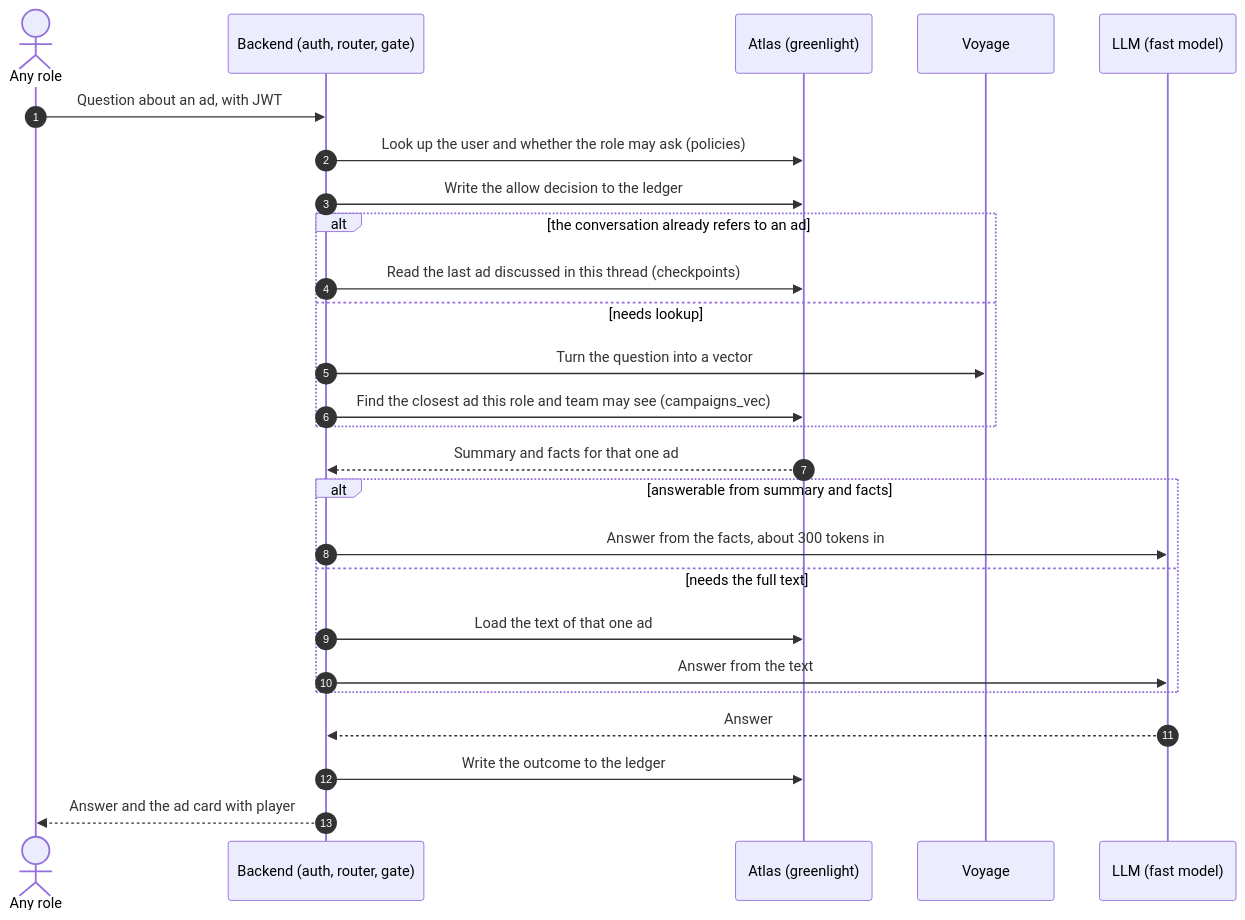
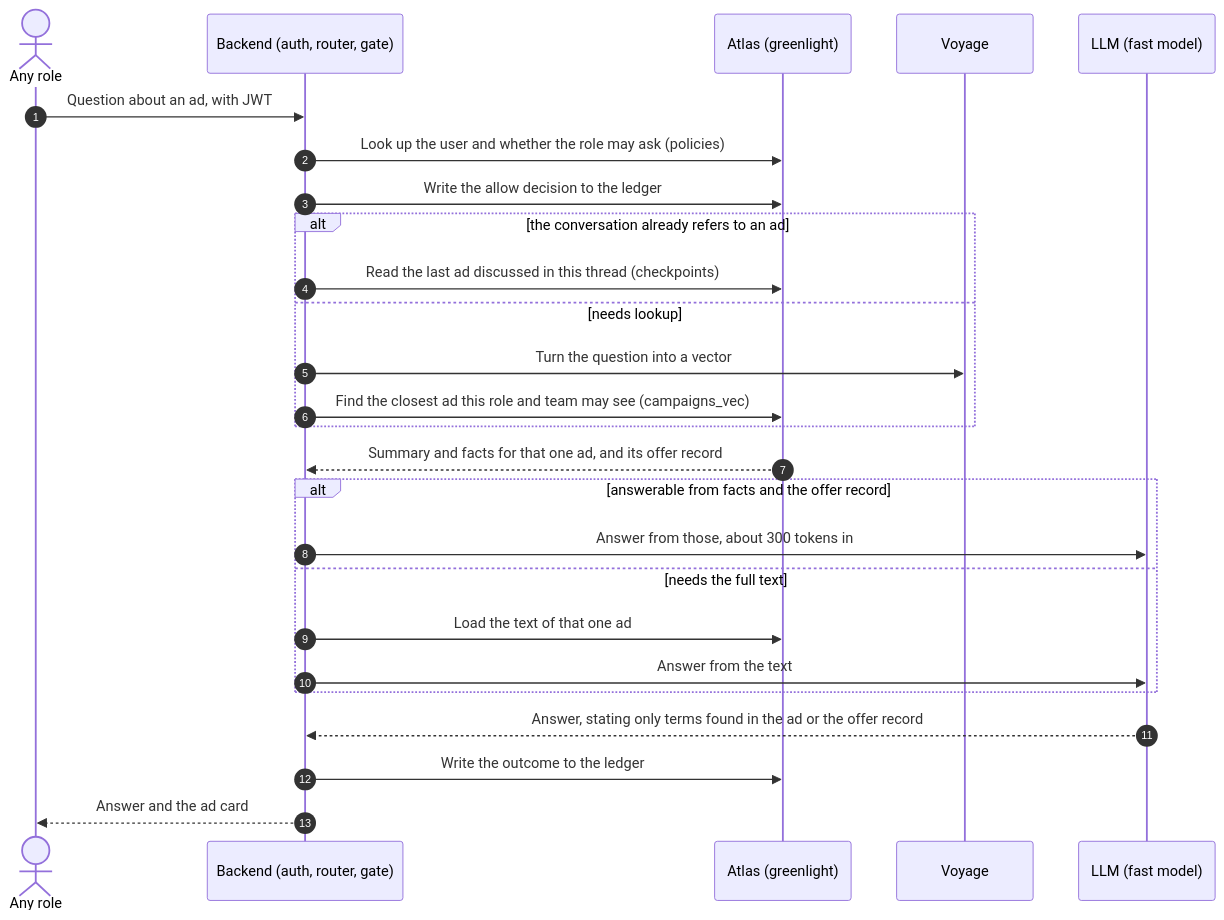
The sixth of 6 diagrams in docs/FLOWS.md (tusharraju7/mongodb-hackathon), drawn with Mermaid before and after one commit. The commit also changed other lines of this file and 17 other files, not shown here.

````diff
--- a/docs/FLOWS.md
+++ b/docs/FLOWS.md
@@ -142,28 +269,28 @@
 ```mermaid
 sequenceDiagram
   autonumber
   actor U as Any role
   participant API as Backend (auth, router, gate)
   participant DB as Atlas (greenlight)
   participant V as Voyage
   participant L as LLM (fast model)
   U->>API: Question about an ad, with JWT
   API->>DB: Look up the user and whether the role may ask (policies)
   API->>DB: Write the allow decision to the ledger
   alt the conversation already refers to an ad
     API->>DB: Read the last ad discussed in this thread (checkpoints)
   else needs lookup
     API->>V: Turn the question into a vector
     API->>DB: Find the closest ad this role and team may see (campaigns_vec)
   end
-  DB-->>API: Summary and facts for that one ad
-  alt answerable from summary and facts
-    API->>L: Answer from the facts, about 300 tokens in
+  DB-->>API: Summary and facts for that one ad, and its offer record
+  alt answerable from facts and the offer record
+    API->>L: Answer from those, about 300 tokens in
   else needs the full text
     API->>DB: Load the text of that one ad
     API->>L: Answer from the text
   end
-  L-->>API: Answer
+  L-->>API: Answer, stating only terms found in the ad or the offer record
   API->>DB: Write the outcome to the ledger
-  API-->>U: Answer and the ad card with player
+  API-->>U: Answer and the ad card
 ```
````
